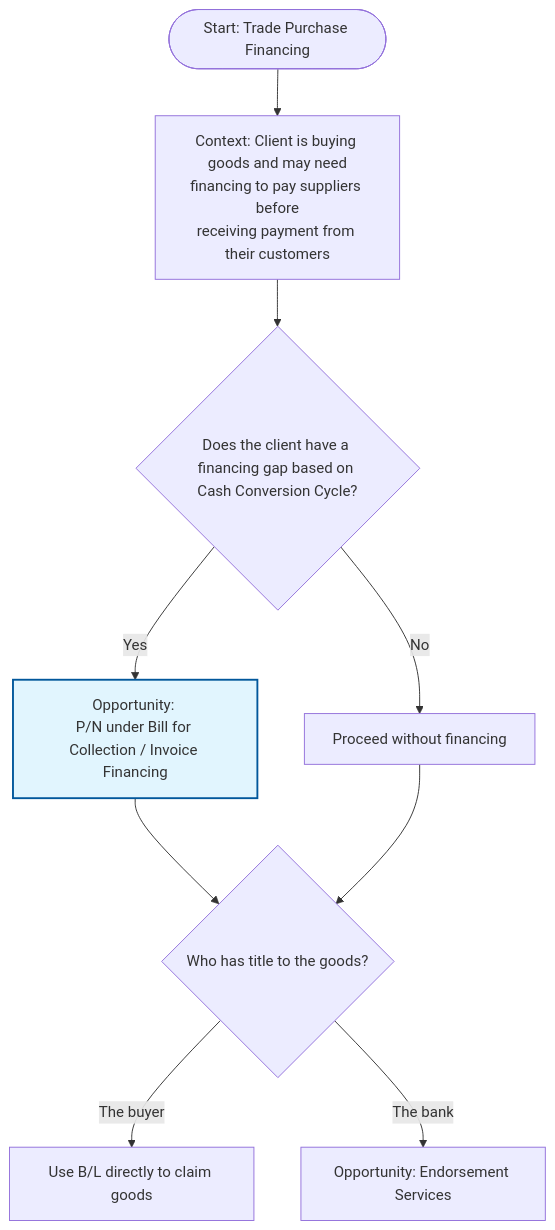
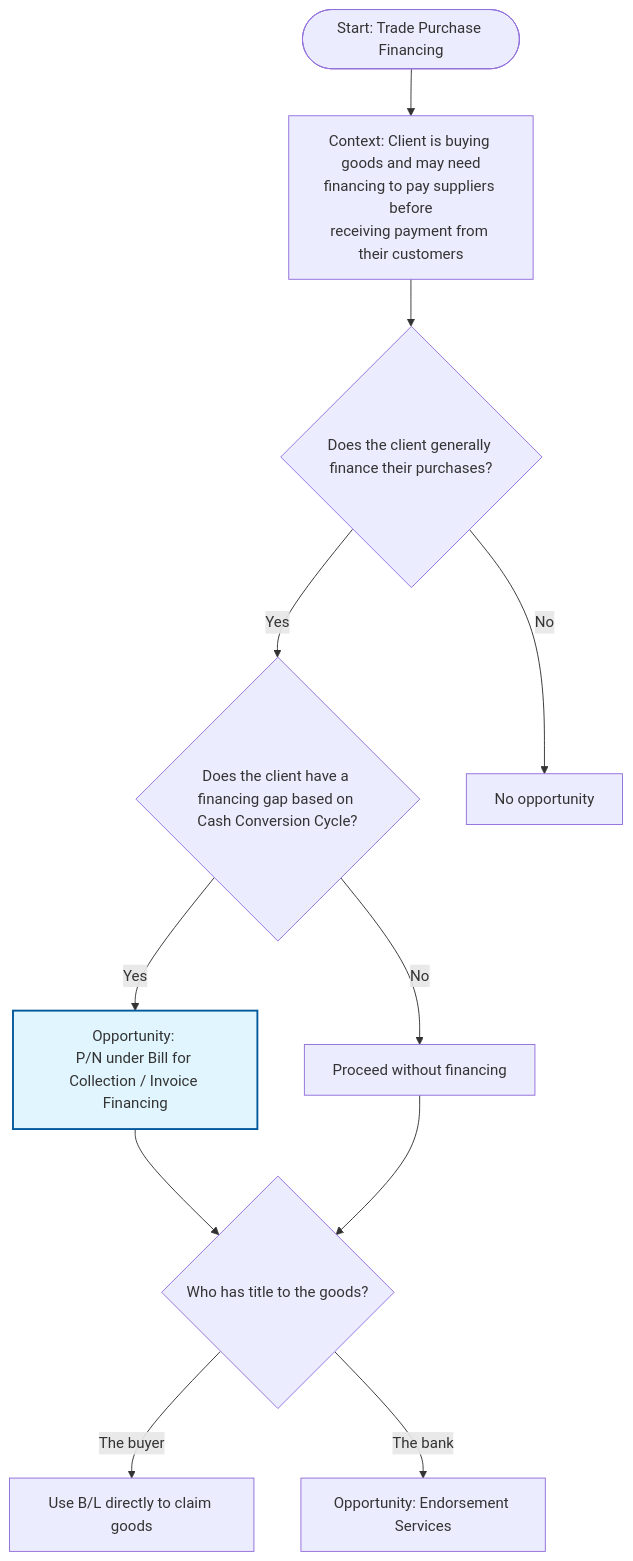
The diagram in tvc_decision_trees/collections_decision_trees/purchase_financing_tree.md (sage-develop/why), drawn with Mermaid before and after one commit.

````diff
--- a/tvc_decision_trees/collections_decision_trees/purchase_financing_tree.md
+++ b/tvc_decision_trees/collections_decision_trees/purchase_financing_tree.md
@@ -19,16 +19,20 @@
 ```mermaid
 %% Trade Finance Collection Decision Tree
 
 flowchart TD
     J{"Does the client have a financing gap based on Cash Conversion Cycle?"} -- Yes --> K["Opportunity: <br>P/N under Bill for Collection / Invoice Financing"]
     J -- No --> L["Proceed without financing"]
     K --> M{"Who has title to the goods?"}
     L --> M
     M -- The buyer --> N["Use B/L directly to claim goods"]
     M -- The bank --> O["Opportunity: Endorsement Services"]
-    A(["Start: Trade Purchase Financing"]) --> n1@{ label: "Context: Client is buying goods and may need<br>financing to pay suppliers before<br>receiving payment from their customers" }
-    n1 --> J
+    A(["Start: Trade Purchase Financing"]) --> n1["Context: Client is buying goods and may need<br>financing to pay suppliers before<br>receiving payment from their customers"]
+    n1 --> n2["Does the client generally finance their purchases?"]
+    n2 -- Yes --> J
+    n2 -- No --> n3["No opportunity"]
 
+    n2@{ shape: diam}
+    n3@{ shape: rect}
      K:::productBox
     classDef productBox fill:#e1f5fe,stroke:#01579b,stroke-width:2px
 ```
````
